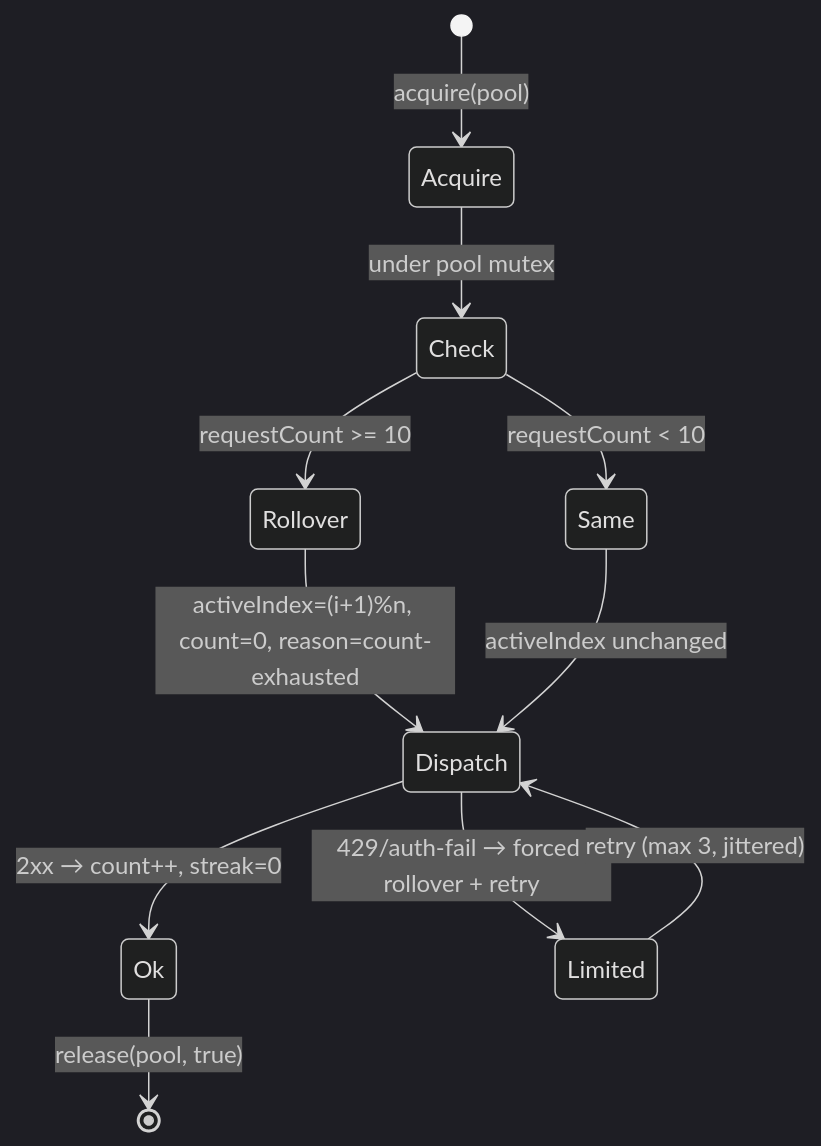
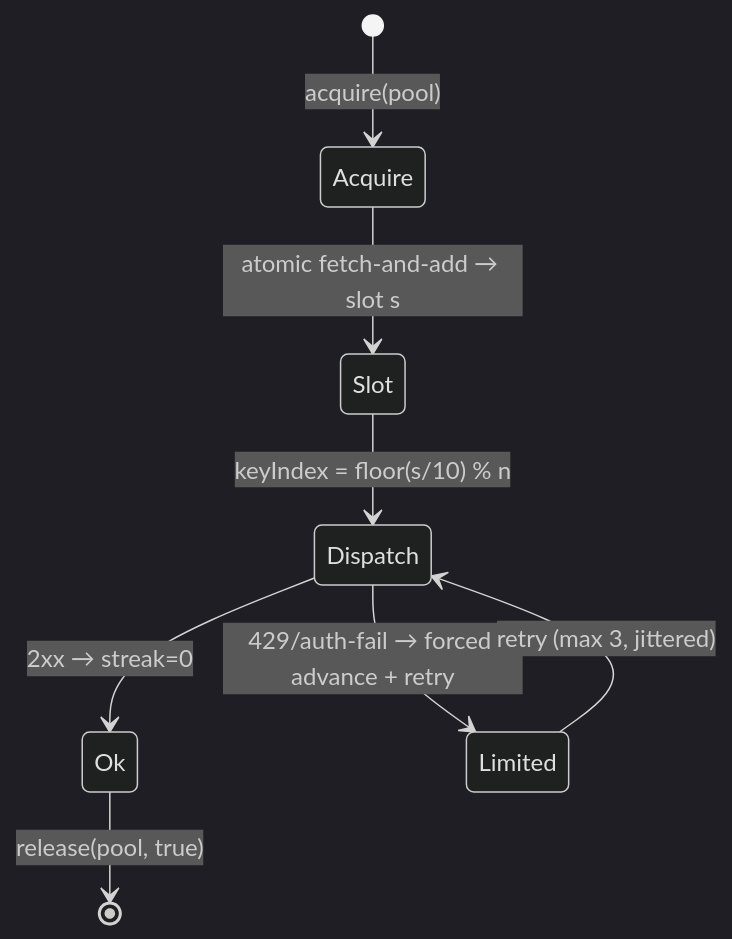
Before and after one commit to 3mar-baha/Vantrilex-OpenCode-Assistant: the diagram in docs/20-KEYRING.md, drawn with Mermaid (dark theme). The commit also changed other lines of this file, not shown here.

````diff
--- a/docs/20-KEYRING.md
+++ b/docs/20-KEYRING.md
@@ -14,13 +22,10 @@
 ```mermaid
 stateDiagram-v2
     [*] --> Acquire: acquire(pool)
-    Acquire --> Check: under pool mutex
-    Check --> Same: requestCount < 10
-    Check --> Rollover: requestCount >= 10
-    Rollover --> Dispatch: activeIndex=(i+1)%n, count=0, reason=count-exhausted
-    Same --> Dispatch: activeIndex unchanged
-    Dispatch --> Ok: 2xx → count++, streak=0
-    Dispatch --> Limited: 429/auth-fail → forced rollover + retry
+    Acquire --> Slot: atomic fetch-and-add → slot s
+    Slot --> Dispatch: keyIndex = floor(s/10) % n
+    Dispatch --> Ok: 2xx → streak=0
+    Dispatch --> Limited: 429/auth-fail → forced advance + retry
     Ok --> [*]: release(pool, true)
     Limited --> Dispatch: retry (max 3, jittered)
 ```
````
